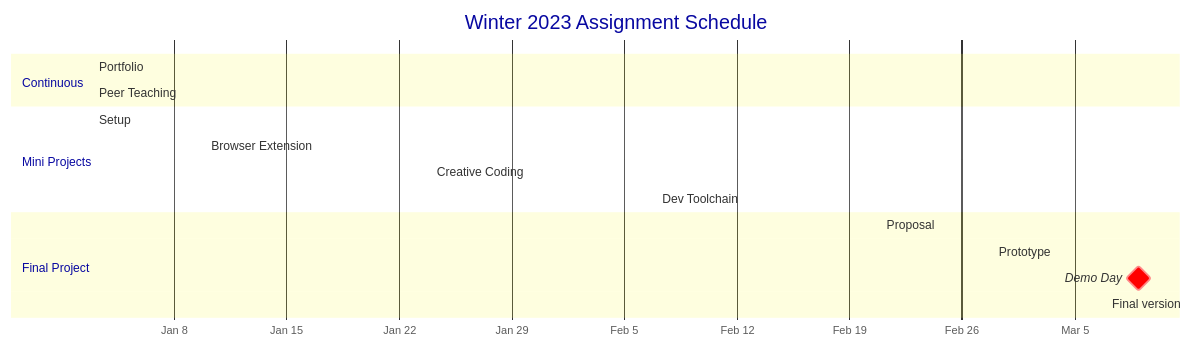
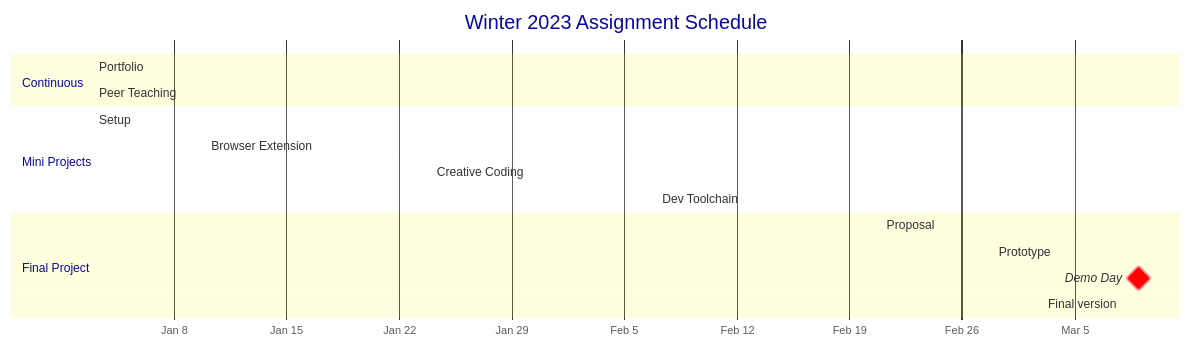
Before and after one commit to branchwelder/web-technologies: the diagram in README.md, drawn with Mermaid. The commit also changed other lines of this file, not shown here.

````diff
--- a/README.md
+++ b/README.md
@@ -25,36 +25,36 @@
 ```mermaid
 %%{
   init: {
     'theme': 'base',
     'gantt': {
         'numberSectionStyles': '2'
     },
     'themeVariables': {
       'fontFamily': 'monospace',
       'primaryColor': '#8c9aee',
       'primaryBorderColor': '#3C56E2',
       'tertiaryColor': '#f7f75e'
     }
   }
 }%%
 
 gantt
 title Winter 2023 Assignment Schedule
 axisFormat  %b %e
 
 section Continuous
 Portfolio             :active,          prf, 2023-01-03, 2023-03-17
 Peer Teaching         :active,          pte, 2023-01-03, 2023-03-17
 
 section Mini Projects
 Setup                 :                 mp0, 2023-01-03, 2023-01-10
 Browser Extension     :                 mp1, 2023-01-10, 2023-01-24
 Creative Coding       :                 mp2, 2023-01-24, 2023-02-07
 Dev Toolchain         :                 mp3, 2023-02-07, 2023-02-21
 
 section Final Project
 Proposal              :active,          fp0, 2023-02-21, 2023-02-28
-Prototype             :                 fp1, 2023-02-28, 2023-03-07
+Prototype             :                 fp1, 2023-02-28, 2023-03-08
 Demo Day              :milestone, crit, dem, 2023-03-09, 0d
-Final version         :                 fp2, 2023-03-07, 2023-03-17
+Final version         :                 fp2, 2023-03-08, 2023-03-17
 ```
````
